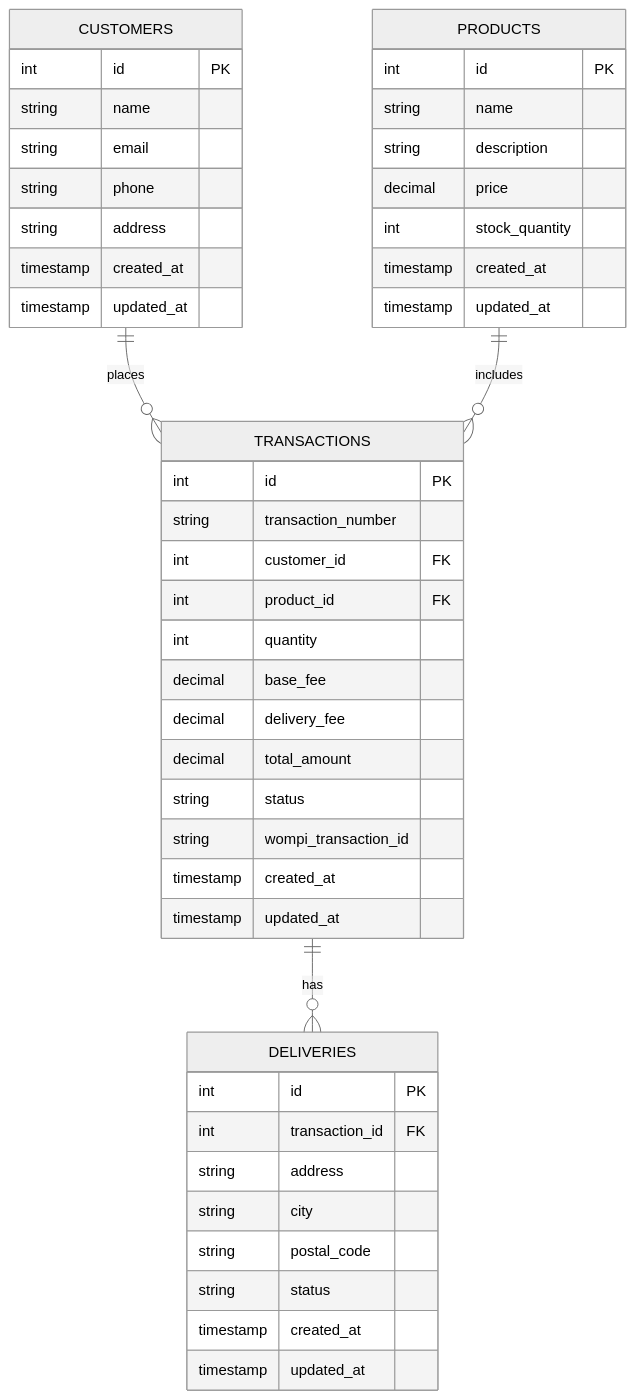
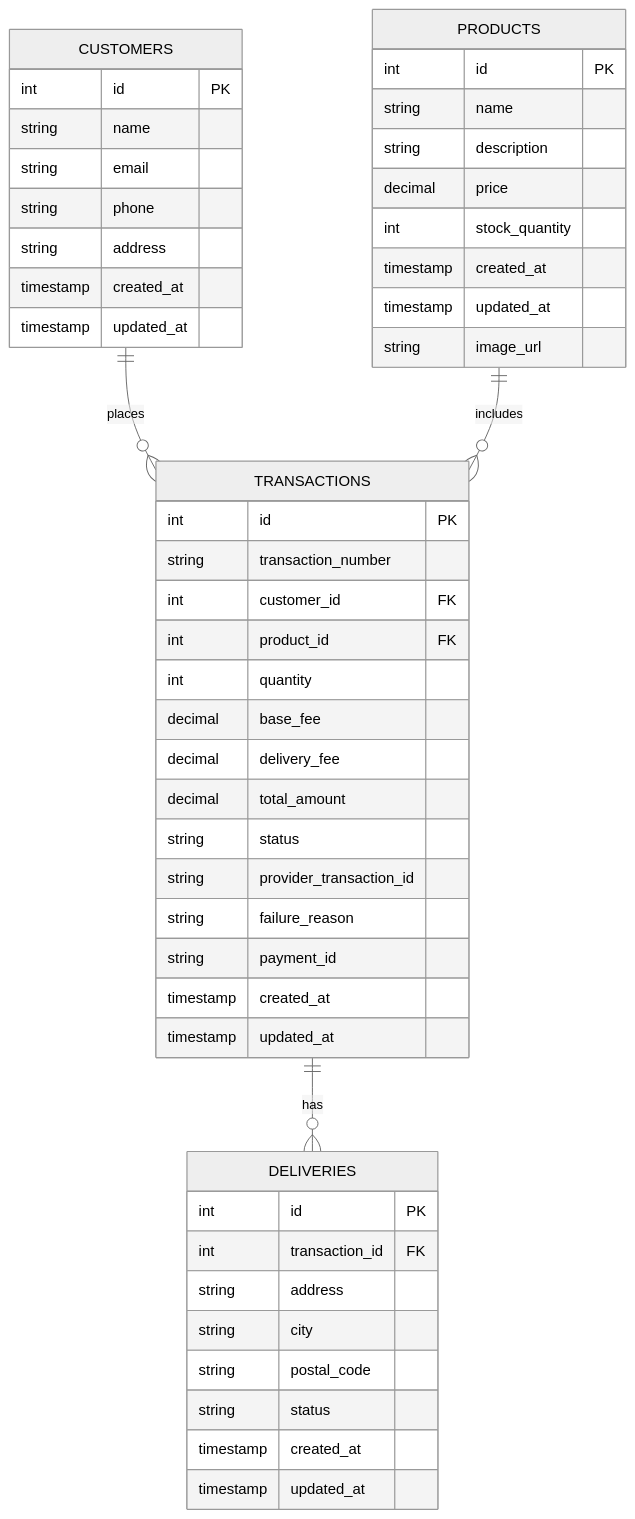
One commit to andressanchez01/full_stack_test changed the diagram in README.md. Above: the diagram before and after it, drawn with Mermaid (neutral theme). The commit also changed other lines of this file, not shown here.

````diff
--- a/README.md
+++ b/README.md
@@ -24,53 +24,56 @@
 ```mermaid
 erDiagram
     PRODUCTS {
         int id PK
         string name
         string description
         decimal price
         int stock_quantity
         timestamp created_at
         timestamp updated_at
+        string image_url
     }
 
     CUSTOMERS {
         int id PK
         string name
         string email
         string phone
         string address
         timestamp created_at
         timestamp updated_at
     }
 
     TRANSACTIONS {
         int id PK
         string transaction_number
         int customer_id FK
         int product_id FK
         int quantity
         decimal base_fee
         decimal delivery_fee
         decimal total_amount
         string status
-        string wompi_transaction_id
+        string provider_transaction_id
+        string failure_reason
+        string payment_id
         timestamp created_at
         timestamp updated_at
     }
 
     DELIVERIES {
         int id PK
         int transaction_id FK
         string address
         string city
         string postal_code
         string status
         timestamp created_at
         timestamp updated_at
     }
 
     CUSTOMERS ||--o{ TRANSACTIONS : "places"
     PRODUCTS ||--o{ TRANSACTIONS : "includes"
     TRANSACTIONS ||--o{ DELIVERIES : "has"
 
 ```
````
